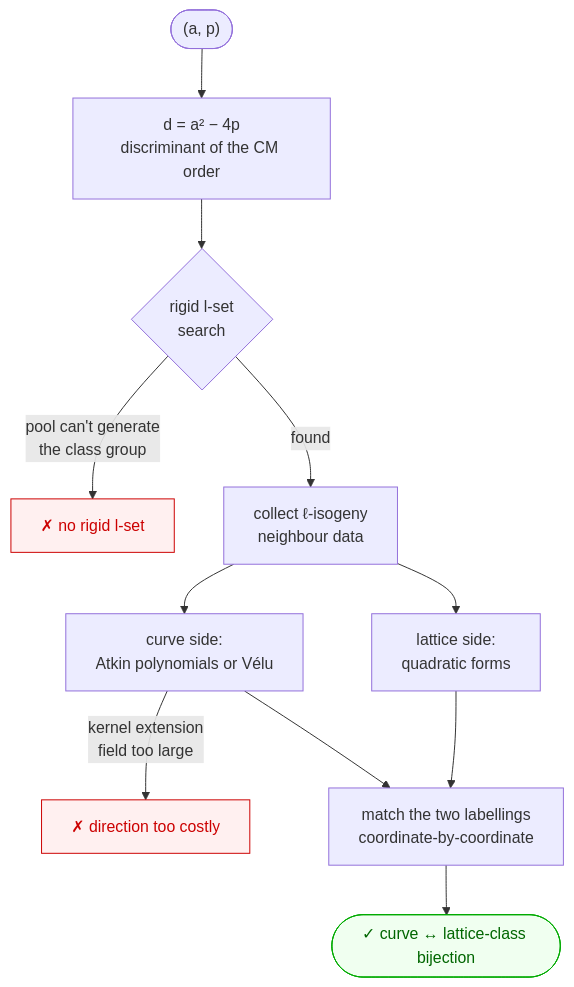
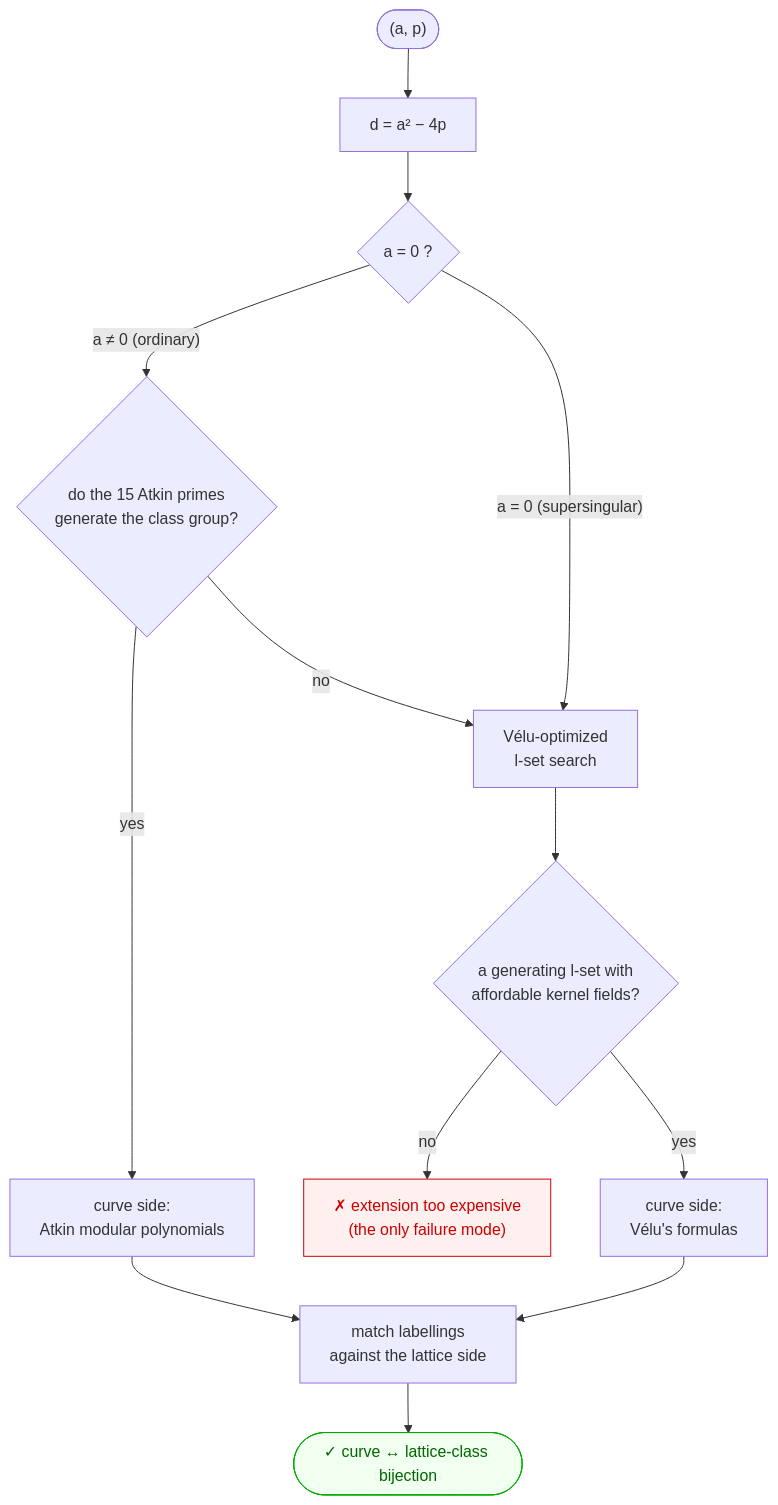
One commit to nhajouji/ecfplat changed the diagram in README.md. Above: the diagram before and after it, drawn with Mermaid. The commit also changed other lines of this file, not shown here.

Commit message:
README: correct the pipeline failure modes
With Vélu, "no rigid l-set in the pool" is no longer a hard failure: the
ordinary search tries the 15 Atkin primes first (Atkin-polynomial curve data)
and otherwise falls back to a wider Vélu-suitable pool, and the supersingular
search optimises for Vélu directly. The only real failure mode is an l-isogeny
kernel whose extension field is too expensive for Vélu. Update the flowchart and
prose accordingly, and note the Vélu fallback in the per-discriminant validation.

````diff
--- a/README.md
+++ b/README.md
@@ -21,17 +21,19 @@
 ```mermaid
 flowchart TD
-    A(["(a, p)"]) --> B["d = a² − 4p<br/>discriminant of the CM order"]
-    B --> C{"rigid l-set<br/>search"}
-    C -- "pool can't generate<br/>the class group" --> X1["✗ no rigid l-set"]
-    C -- "found" --> D["collect ℓ-isogeny<br/>neighbour data"]
-    D --> L["lattice side:<br/>quadratic forms"]
-    D --> R["curve side:<br/>Atkin polynomials or Vélu"]
-    R -- "kernel extension<br/>field too large" --> X2["✗ direction too costly"]
-    L --> M["match the two labellings<br/>coordinate-by-coordinate"]
-    R --> M
+    A(["(a, p)"]) --> B["d = a² − 4p"]
+    B --> C{"a = 0 ?"}
+    C -- "a ≠ 0 (ordinary)" --> O{"do the 15 Atkin primes<br/>generate the class group?"}
+    O -- "yes" --> AT["curve side:<br/>Atkin modular polynomials"]
+    O -- "no" --> V["Vélu-optimized<br/>l-set search"]
+    C -- "a = 0 (supersingular)" --> V
+    V --> K{"a generating l-set with<br/>affordable kernel fields?"}
+    K -- "no" --> X["✗ extension too expensive<br/>(the only failure mode)"]
+    K -- "yes" --> VD["curve side:<br/>Vélu's formulas"]
+    AT --> M["match labellings<br/>against the lattice side"]
+    VD --> M
     M --> Z(["✓ curve ↔ lattice-class bijection"])
     classDef fail fill:#fff0f0,stroke:#cc0000,color:#cc0000;
     classDef done fill:#f0fff0,stroke:#00aa00,color:#006600;
-    class X1,X2 fail;
+    class X fail;
     class Z done;
 ```
````
